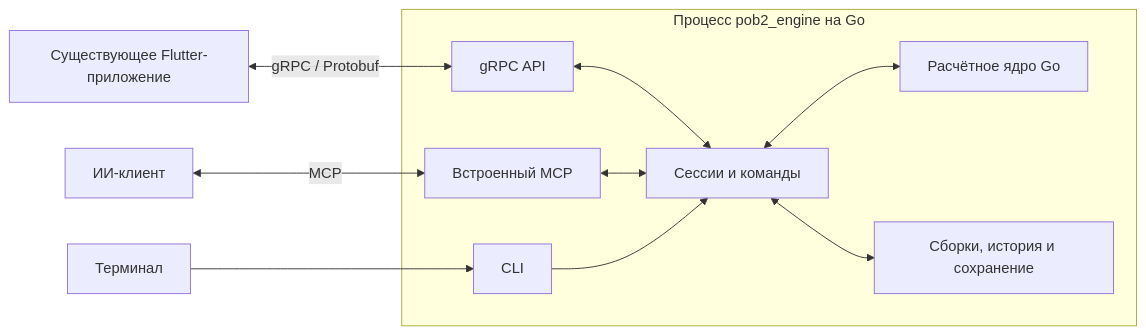
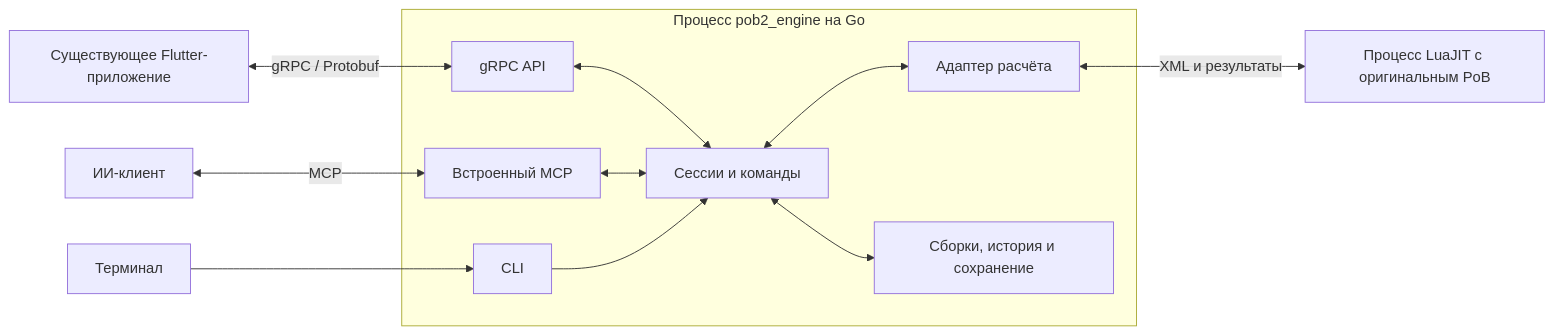
One commit to Hecatoncheir/pob2_engine changed the diagram in README.md. Above: the diagram before and after it, drawn with Mermaid. The commit also changed other lines of this file and 87 other files, not shown here.

Commit message:
Подготовить выпуск 0.0.3 с оригинальными расчётами LuaJIT

````diff
--- a/README.md
+++ b/README.md
@@ -97,13 +97,14 @@
 ```mermaid
 flowchart LR
     Flutter["Существующее Flutter-приложение"] <-->|"gRPC / Protobuf"| API
     AI["ИИ-клиент"] <-->|"MCP"| MCP
     Terminal["Терминал"] --> CLI
     subgraph Host["Процесс pob2_engine на Go"]
         API["gRPC API"] <--> Service["Сессии и команды"]
         MCP["Встроенный MCP"] <--> Service
         CLI["CLI"] --> Service
-        Service <--> Core["Расчётное ядро Go"]
+        Service <--> Worker["Адаптер расчёта"]
         Service <--> Store["Сборки, история и сохранение"]
     end
+    Worker <-->|"XML и результаты"| Lua["Процесс LuaJIT с оригинальным PoB"]
 ```
````
